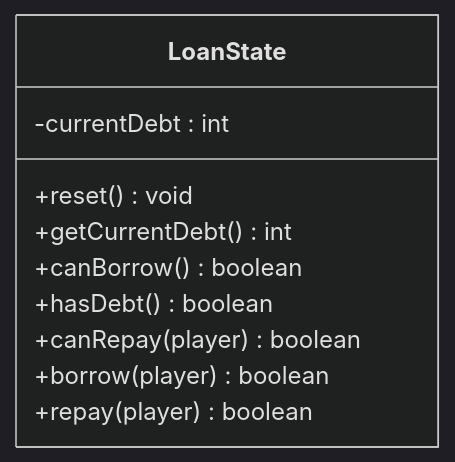
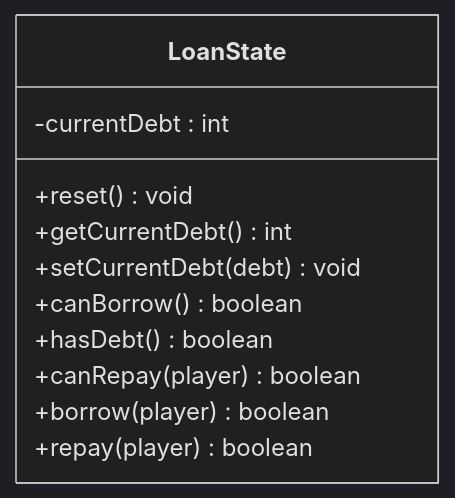
The fifth of 12 diagrams in .qoder/repowiki/zh/content/技术架构/技术架构.md (StephenZhuang/SpireMod), drawn with Mermaid (dark theme) before and after one commit. The commit also changed other lines of this file and 35 other files, not shown here.

````diff
--- a/.qoder/repowiki/zh/content/技术架构/技术架构.md
+++ b/.qoder/repowiki/zh/content/技术架构/技术架构.md
@@ -257,13 +281,14 @@
 ```mermaid
 classDiagram
 class LoanState {
 -currentDebt : int
 +reset() void
 +getCurrentDebt() int
++setCurrentDebt(debt) void
 +canBorrow() boolean
 +hasDebt() boolean
 +canRepay(player) boolean
 +borrow(player) boolean
 +repay(player) boolean
 }
 ```
````
